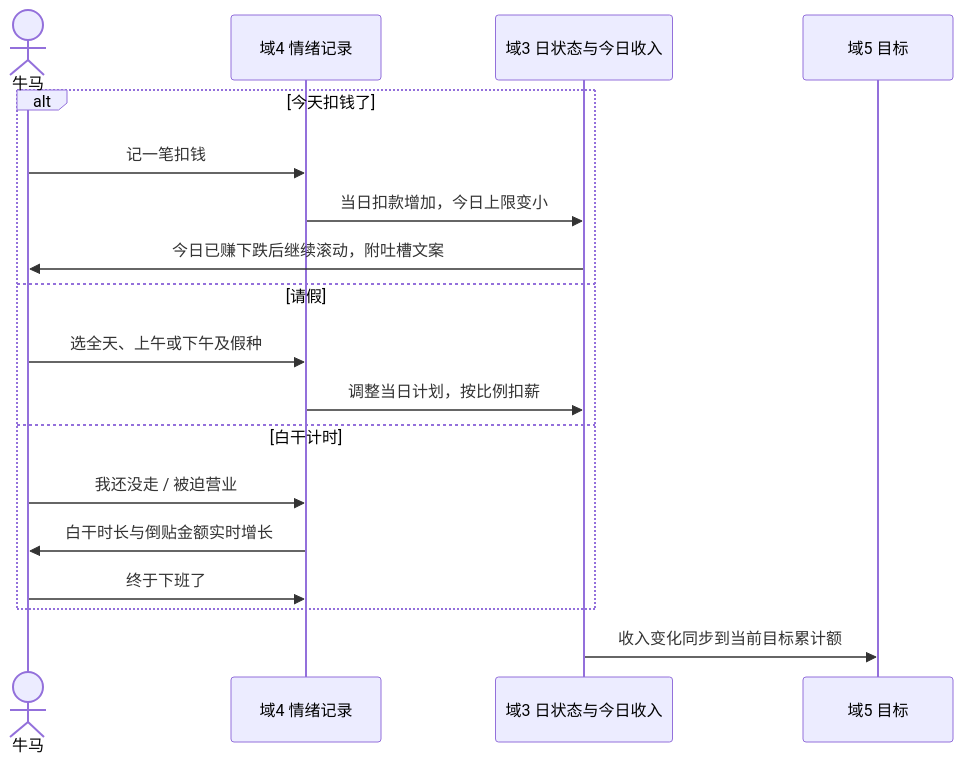
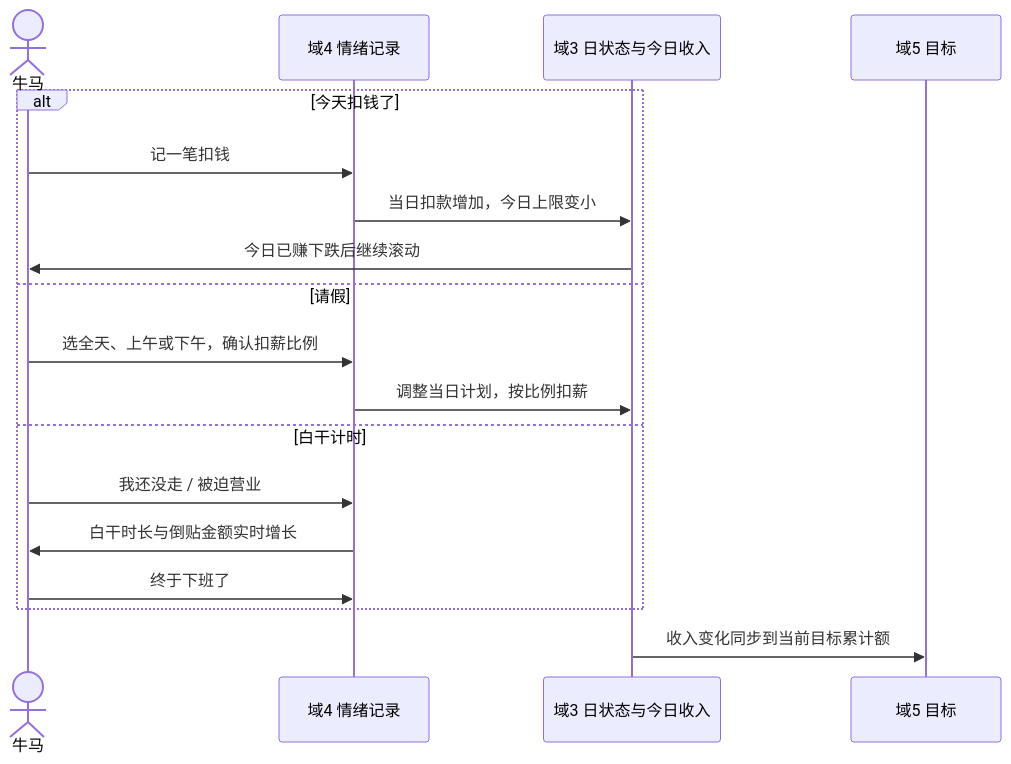
One commit to zhew1585/wage-tick changed the third of 5 diagrams in docs/prd.md. Above: the diagram before and after it, drawn with Mermaid. The commit also changed other lines of this file, not shown here.

````diff
--- a/docs/prd.md
+++ b/docs/prd.md
@@ -194,20 +196,20 @@
 ```mermaid
 sequenceDiagram
     actor N as 牛马
     participant D4 as 域4 情绪记录
     participant D3 as 域3 日状态与今日收入
     participant D5 as 域5 目标
     alt 今天扣钱了
         N->>D4: 记一笔扣钱
         D4->>D3: 当日扣款增加，今日上限变小
-        D3->>N: 今日已赚下跌后继续滚动，附吐槽文案
+        D3->>N: 今日已赚下跌后继续滚动
     else 请假
-        N->>D4: 选全天、上午或下午及假种
+        N->>D4: 选全天、上午或下午，确认扣薪比例
         D4->>D3: 调整当日计划，按比例扣薪
     else 白干计时
         N->>D4: 我还没走 / 被迫营业
         D4->>N: 白干时长与倒贴金额实时增长
         N->>D4: 终于下班了
     end
     D3->>D5: 收入变化同步到当前目标累计额
 ```
````
